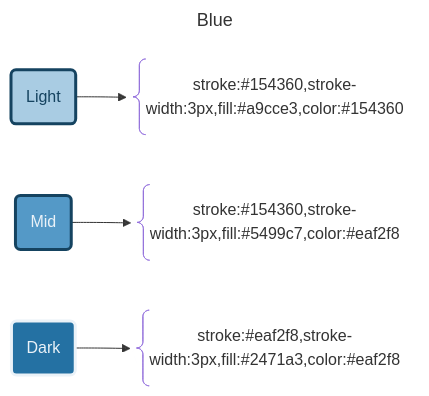
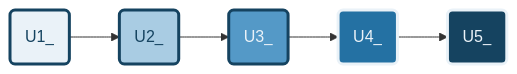
One commit to APrettyCoolProgram/aprettycoolprogram changed the seventh of 14 diagrams in profile/mermaid/mermaid.md. Above: the diagram before and after it, drawn with Mermaid. The commit also changed other lines of this file, not shown here.

````diff
--- a/profile/mermaid/mermaid.md
+++ b/profile/mermaid/mermaid.md
@@ -226,24 +251,17 @@
 ```mermaid
----
-title: Blue
----
 flowchart LR
   %% Components
-  Light@{shape: rounded, label: "Light"}
-  LightString@{shape: brace, label: "stroke:#154360,stroke-width:3px,fill:#a9cce3,color:#154360"}
-  Mid@{shape: rounded, label: "Mid"}
-  MidString@{shape: brace, label: "stroke:#154360,stroke-width:3px,fill:#5499c7,color:#eaf2f8"}
-  Dark@{shape: rounded, label: "Dark"}
-  DarkString@{shape: brace, label: "stroke:#eaf2f8,stroke-width:3px,fill:#2471a3,color:#eaf2f8"}
+  U1@{shape: rounded, label: "U1_"}
+  U2@{shape: rounded, label: "U2_"}
+  U3@{shape: rounded, label: "U3_"}
+  U4@{shape: rounded, label: "U4_"}
+  U5@{shape: rounded, label: "U5_"}
   %% Layout
-  Light --> LightString
-  Mid --> MidString
-  Dark --> DarkString
+  U1:::U1_ --> U2:::U2_ --> U3:::U3_ --> U4:::U4_ --> U5:::U5_ 
   %% Styles
-  classDef Light stroke:#154360,stroke-width:3px,fill:#a9cce3,color:#154360  
-  classDef Mid stroke:#154360,stroke-width:3px,fill:#5499c7,color:#eaf2f8
-  classDef Dark stroke:#eaf2f8,stroke-width:3px,fill:#2471a3,color:#eaf2f8
-  class Light Light
-  class Mid Mid
-  class Dark Dark
+  classDef U1_ stroke:#154360,stroke-width:3px,fill:#eaf2f8,color:#154360
+  classDef U2_ stroke:#154360,stroke-width:3px,fill:#a9cce3,color:#154360
+  classDef U3_ stroke:#154360,stroke-width:3px,fill:#5499c7,color:#eaf2f8
+  classDef U4_ stroke:#eaf2f8,stroke-width:3px,fill:#2471a3,color:#eaf2f8
+  classDef U5_ stroke:#eaf2f8,stroke-width:3px,fill:#154360,color:#eaf2f8
 ```
````
